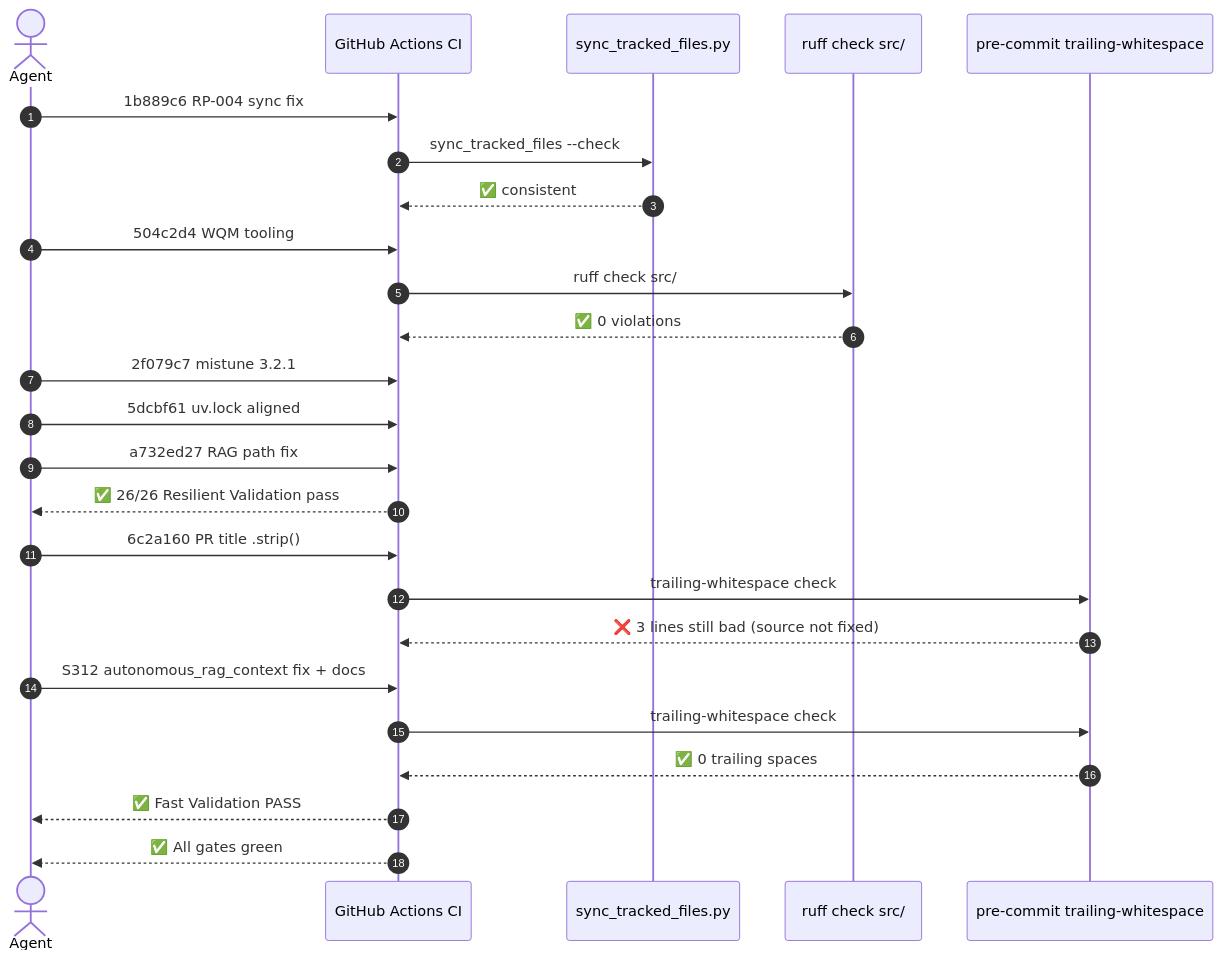
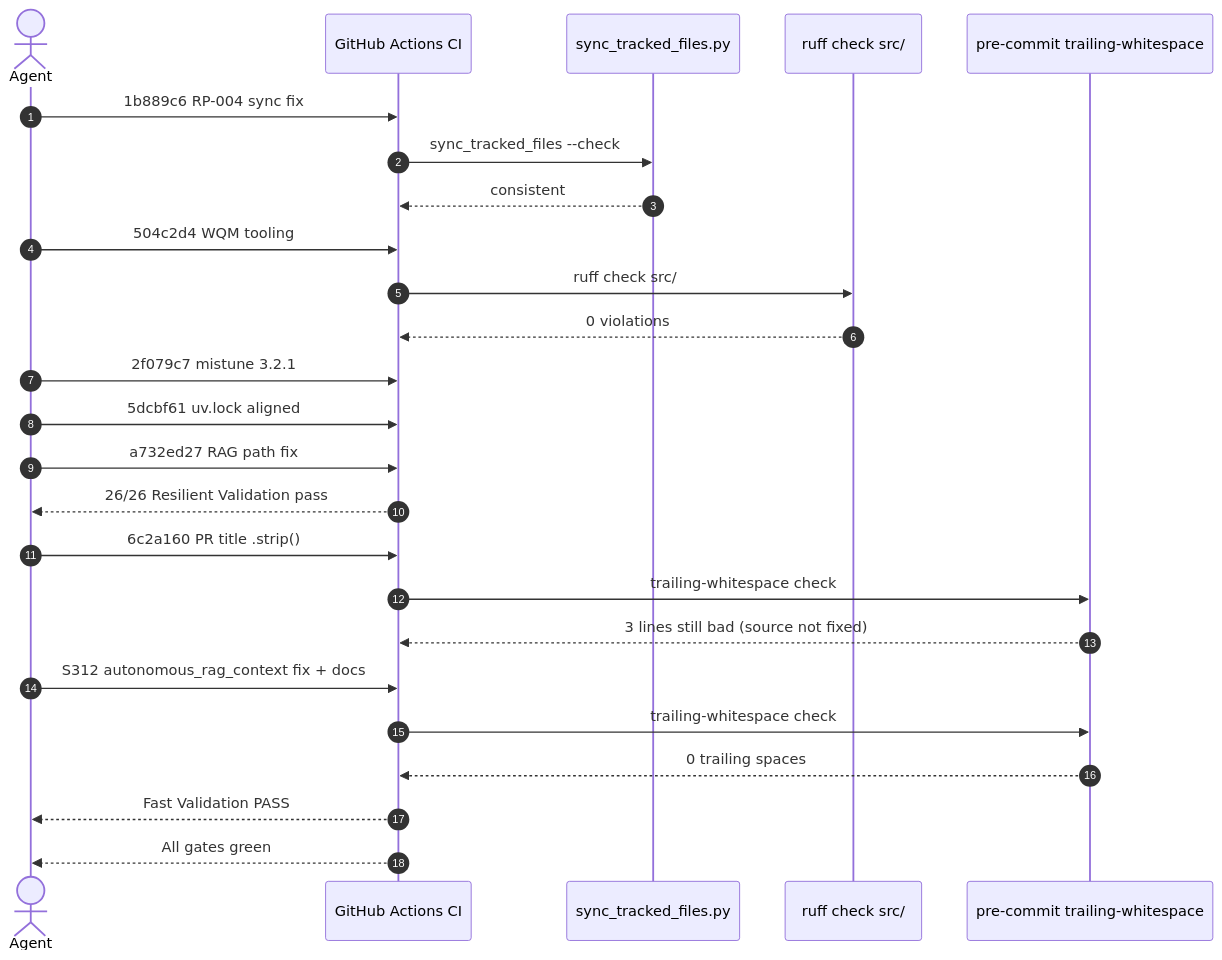
One commit to Aries-Serpent/_codex_ changed the fifth of 26 diagrams in docs/sessions/PR4317_session_diagram.md. Above: the diagram before and after it, drawn with Mermaid. The commit also changed other lines of this file and 2029 other files, not shown here.

````diff
--- a/docs/sessions/PR4317_session_diagram.md
+++ b/docs/sessions/PR4317_session_diagram.md
@@ -159,35 +161,35 @@
 ```mermaid
 %%{init: {'accessibility': {'title': 'Sequence Diagram: check
     STF'}}%%
 sequenceDiagram
     autonumber
     actor Agent
     participant CI as GitHub Actions CI
     participant STF as sync_tracked_files.py
     participant Ruff as ruff check src/
     participant Hook as pre-commit trailing-whitespace
 
     Agent->>CI: 1b889c6 RP-004 sync fix
     CI->>STF: sync_tracked_files --check
-    STF-->>CI: ✅ consistent
+    STF-->>CI:  consistent
 
     Agent->>CI: 504c2d4 WQM tooling
     CI->>Ruff: ruff check src/
-    Ruff-->>CI: ✅ 0 violations
+    Ruff-->>CI:  0 violations
 
     Agent->>CI: 2f079c7 mistune 3.2.1
     Agent->>CI: 5dcbf61 uv.lock aligned
 
     Agent->>CI: a732ed27 RAG path fix
-    CI-->>Agent: ✅ 26/26 Resilient Validation pass
+    CI-->>Agent:  26/26 Resilient Validation pass
 
     Agent->>CI: 6c2a160 PR title .strip()
     CI->>Hook: trailing-whitespace check
-    Hook-->>CI: ❌ 3 lines still bad (source not fixed)
+    Hook-->>CI:  3 lines still bad (source not fixed)
 
     Agent->>CI: S312 autonomous_rag_context fix + docs
     CI->>Hook: trailing-whitespace check
-    Hook-->>CI: ✅ 0 trailing spaces
-    CI-->>Agent: ✅ Fast Validation PASS
-    CI-->>Agent: ✅ All gates green
+    Hook-->>CI:  0 trailing spaces
+    CI-->>Agent:  Fast Validation PASS
+    CI-->>Agent:  All gates green
 ```
````
